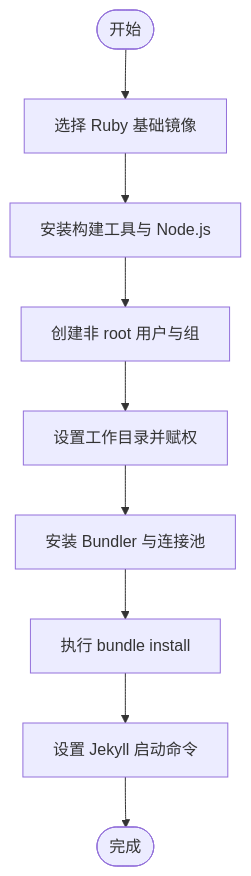
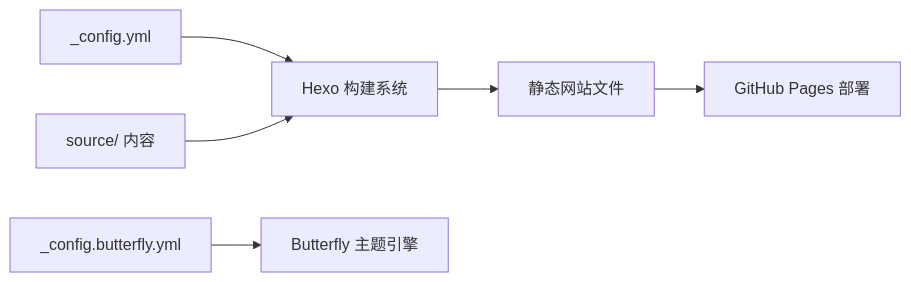
The third of 6 diagrams in .qoder/repowiki/zh/content/部署和维护/Docker 容器化部署.md (CoolPig0720/CoolPig0720.github.io), drawn with Mermaid before and after one commit. The commit also changed other lines of this file and 36 other files, not shown here.

````diff
--- a/.qoder/repowiki/zh/content/部署和维护/Docker 容器化部署.md
+++ b/.qoder/repowiki/zh/content/部署和维护/Docker 容器化部署.md
@@ -163,11 +153,8 @@
 ```mermaid
-flowchart TD
-Start(["开始"]) --> Base["选择 Ruby 基础镜像"]
-Base --> Deps["安装构建工具与 Node.js"]
-Deps --> User["创建非 root 用户与组"]
-User --> Workdir["设置工作目录并赋权"]
-Workdir --> Bundle["安装 Bundler 与连接池"]
-Bundle --> Install["执行 bundle install"]
-Install --> Cmd["设置 Jekyll 启动命令"]
-Cmd --> End(["完成"])
+graph LR
+Config["_config.yml"] --> Hexo["Hexo 构建系统"]
+Theme["_config.butterfly.yml"] --> ThemeEngine["Butterfly 主题引擎"]
+Source["source/ 内容"] --> Hexo
+Hexo --> Static["静态网站文件"]
+Static --> Deploy["GitHub Pages 部署"]
 ```
````
